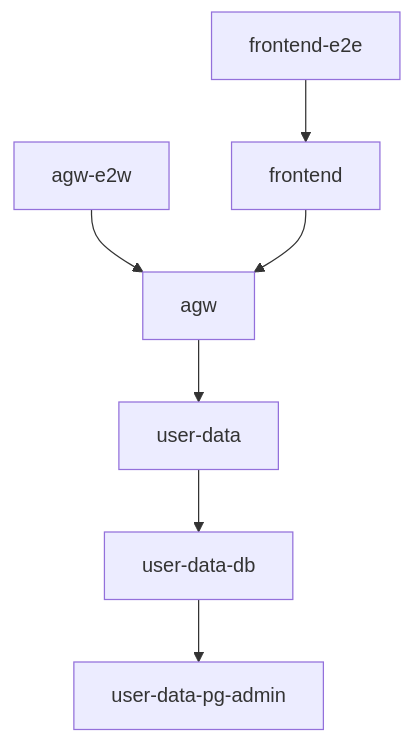
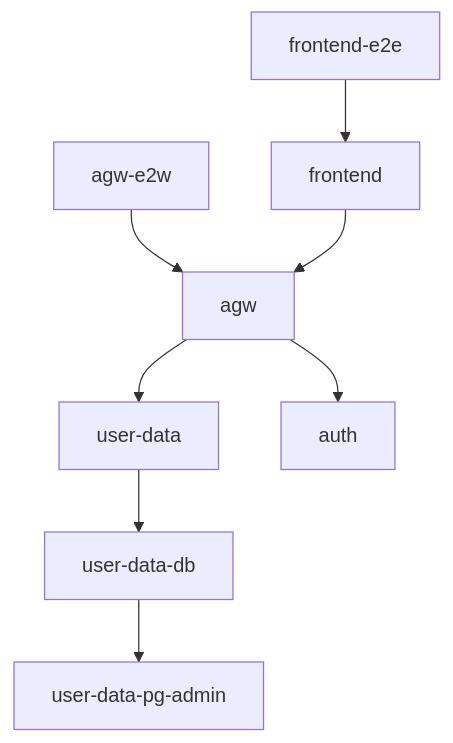
The diagram in README.md (IT-Lab-KubSU/platform), drawn with Mermaid before and after one commit. The commit also changed other lines of this file, not shown here.

````diff
--- a/README.md
+++ b/README.md
@@ -46,9 +47,10 @@
 ```mermaid
 graph TD;
     agw-e2w-->agw;
     frontend-e2e-->frontend;
     frontend-->agw;
     agw-->user-data;
     user-data-->user-data-db;
     user-data-db-->user-data-pg-admin;
+    agw-->auth;
 ```
````
